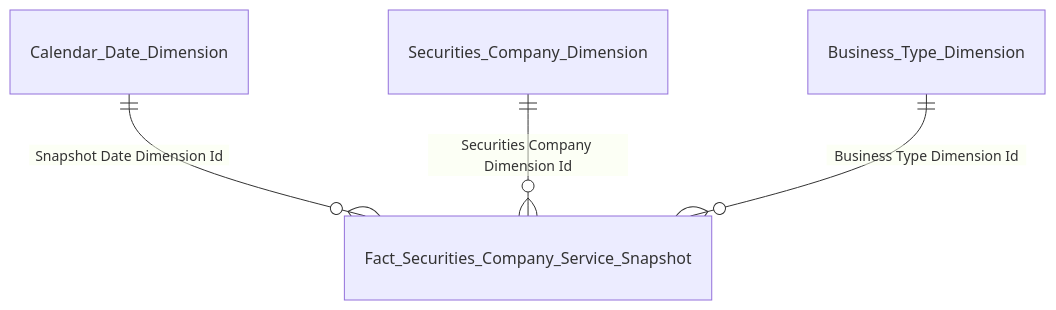
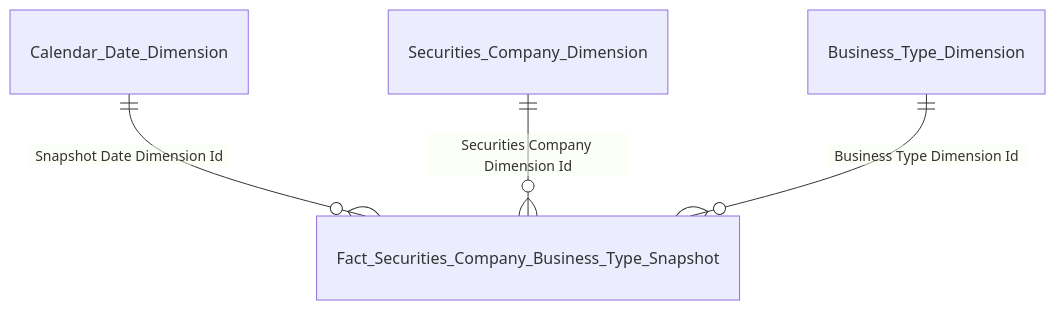
The second of 5 diagrams in Gold/hld/GOLD_QLKD_Entities.md (linhlvit/ubck_atomic_design), drawn with Mermaid before and after one commit. The commit also changed other lines of this file and 5 other files, not shown here.

````diff
--- a/Gold/hld/GOLD_QLKD_Entities.md
+++ b/Gold/hld/GOLD_QLKD_Entities.md
@@ -23,6 +23,6 @@
 ```mermaid
 erDiagram
-    Calendar_Date_Dimension ||--o{ Fact_Securities_Company_Service_Snapshot : "Snapshot Date Dimension Id"
-    Securities_Company_Dimension ||--o{ Fact_Securities_Company_Service_Snapshot : "Securities Company Dimension Id"
-    Business_Type_Dimension ||--o{ Fact_Securities_Company_Service_Snapshot : "Business Type Dimension Id"
+    Calendar_Date_Dimension ||--o{ Fact_Securities_Company_Business_Type_Snapshot : "Snapshot Date Dimension Id"
+    Securities_Company_Dimension ||--o{ Fact_Securities_Company_Business_Type_Snapshot : "Securities Company Dimension Id"
+    Business_Type_Dimension ||--o{ Fact_Securities_Company_Business_Type_Snapshot : "Business Type Dimension Id"
 ```
````
